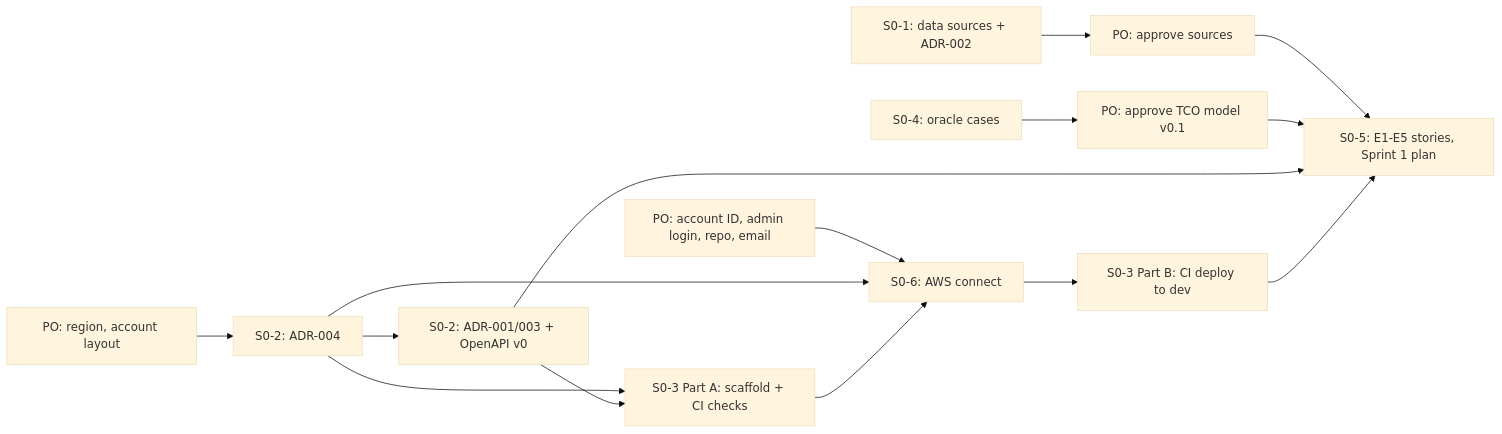
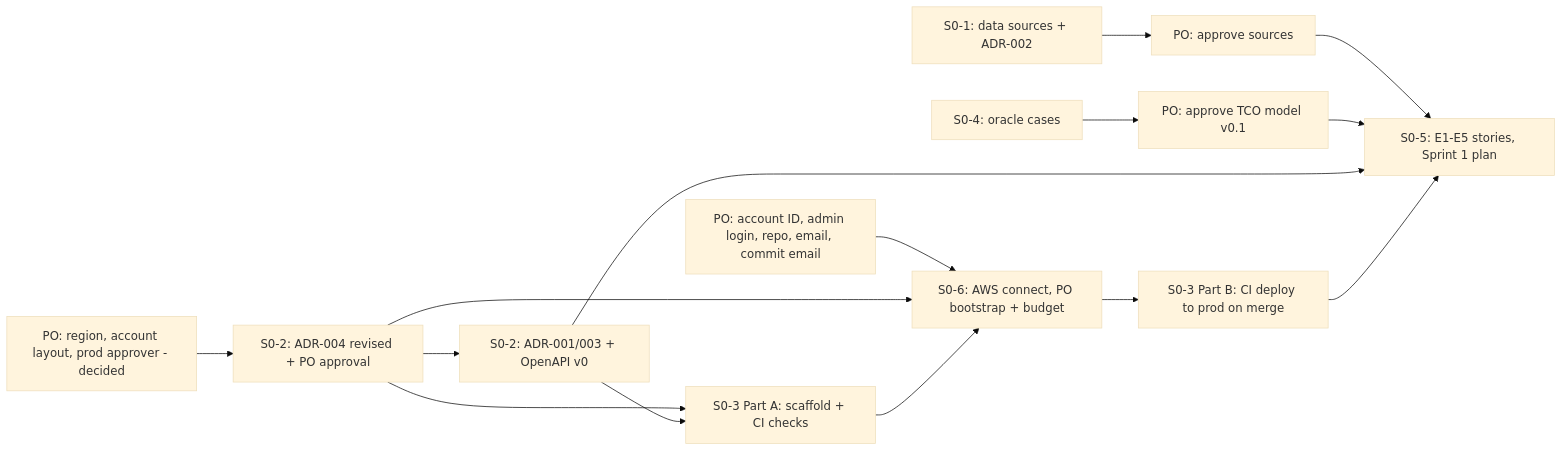
The diagram in status/sprint-00-plan.md (andersenf/TCOOC), drawn with Mermaid (base theme) before and after one commit. The commit also changed other lines of this file and 13 other files, not shown here.

First line of the commit message:
S0-2: ADR-004 accepted; prod-only stage, eu-west-1, AWS agent access

````diff
--- a/status/sprint-00-plan.md
+++ b/status/sprint-00-plan.md
@@ -26,17 +30,17 @@
 ```mermaid
 flowchart LR
-  PO1[PO: region, account layout] --> ADR4[S0-2: ADR-004]
+  PO1[PO: region, account layout, prod approver - decided] --> ADR4[S0-2: ADR-004 revised + PO approval]
   ADR4 --> ADR1[S0-2: ADR-001/003 + OpenAPI v0]
   ADR4 --> S03A[S0-3 Part A: scaffold + CI checks]
   ADR1 --> S03A
-  PO2[PO: account ID, admin login, repo, email] --> S06[S0-6: AWS connect]
+  PO2[PO: account ID, admin login, repo, email, commit email] --> S06[S0-6: AWS connect, PO bootstrap + budget]
   ADR4 --> S06
   S03A --> S06
-  S06 --> S03B[S0-3 Part B: CI deploy to dev]
+  S06 --> S03B[S0-3 Part B: CI deploy to prod on merge]
   S01[S0-1: data sources + ADR-002] --> PO3[PO: approve sources]
   S04[S0-4: oracle cases] --> PO4[PO: approve TCO model v0.1]
   PO3 --> S05[S0-5: E1-E5 stories, Sprint 1 plan]
   PO4 --> S05
   ADR1 --> S05
   S03B --> S05
 ```
````
